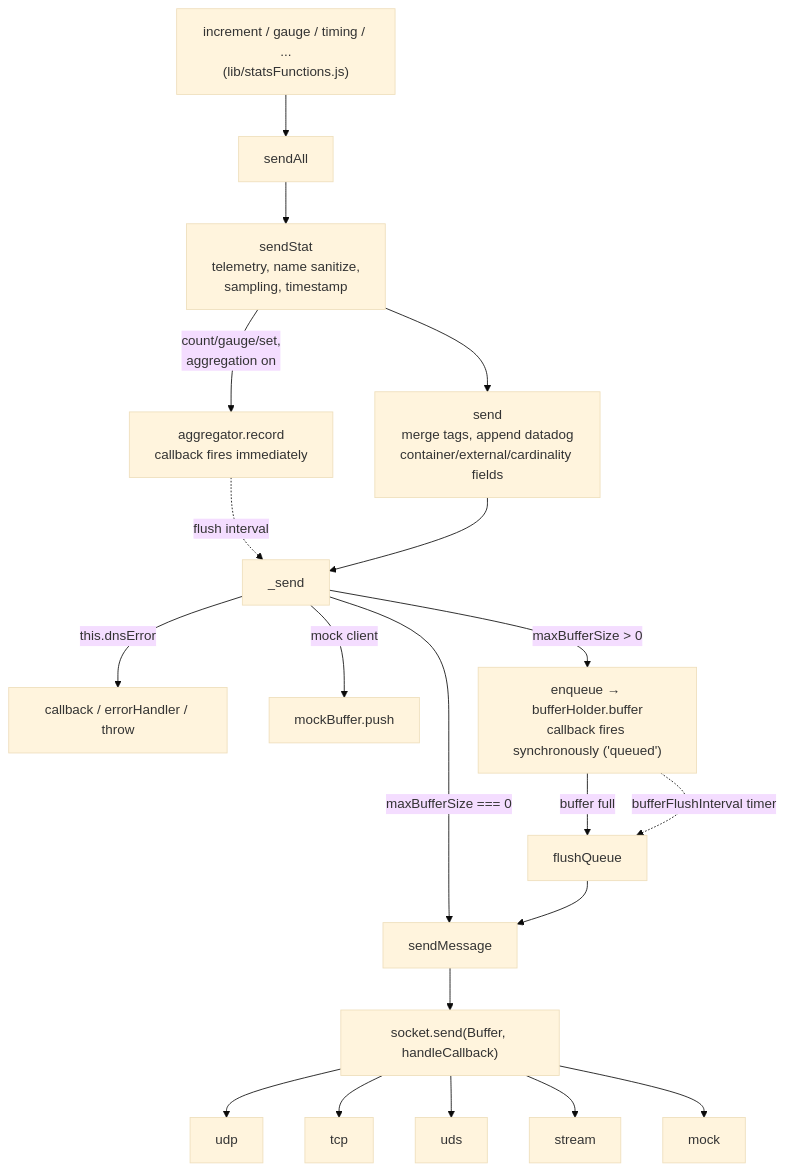
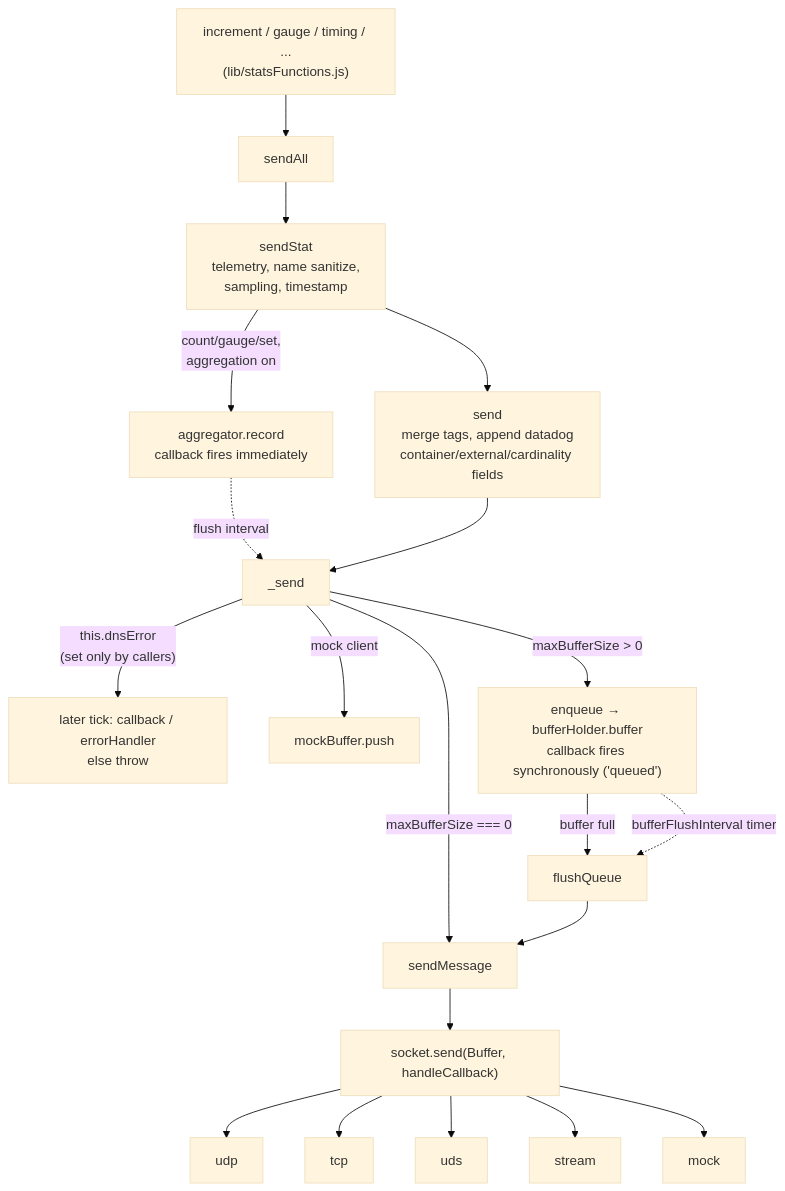
The first of 8 diagrams in NETWORKING.md (bdeitte/hot-shots), drawn with Mermaid (base theme) before and after one commit. The commit also changed other lines of this file and 12 other files, not shown here.

````diff
--- a/NETWORKING.md
+++ b/NETWORKING.md
@@ -24,22 +24,22 @@
 ```mermaid
 flowchart TD
     A["increment / gauge / timing / ...<br/>(lib/statsFunctions.js)"] --> B["sendAll"]
     B --> C["sendStat<br/>telemetry, name sanitize,<br/>sampling, timestamp"]
     C -->|"count/gauge/set,<br/>aggregation on"| AGG["aggregator.record<br/>callback fires immediately"]
     AGG -.->|"flush interval"| E
     C --> D["send<br/>merge tags, append datadog<br/>container/external/cardinality fields"]
     D --> E["_send"]
-    E -->|"this.dnsError"| ERR1["callback / errorHandler / throw"]
+    E -->|"this.dnsError<br/>(set only by callers)"| ERR1["later tick: callback / errorHandler<br/>else throw"]
     E -->|"mock client"| MB["mockBuffer.push"]
     E -->|"maxBufferSize === 0"| SM["sendMessage"]
     E -->|"maxBufferSize > 0"| Q["enqueue → bufferHolder.buffer<br/>callback fires synchronously ('queued')"]
     Q -->|"buffer full"| FQ["flushQueue"]
     Q -.->|"bufferFlushInterval timer"| FQ
     FQ --> SM
     SM --> T["socket.send(Buffer, handleCallback)"]
     T --> UDP["udp"]
     T --> TCP["tcp"]
     T --> UDS["uds"]
     T --> STR["stream"]
     T --> MOCK["mock"]
 ```
````
